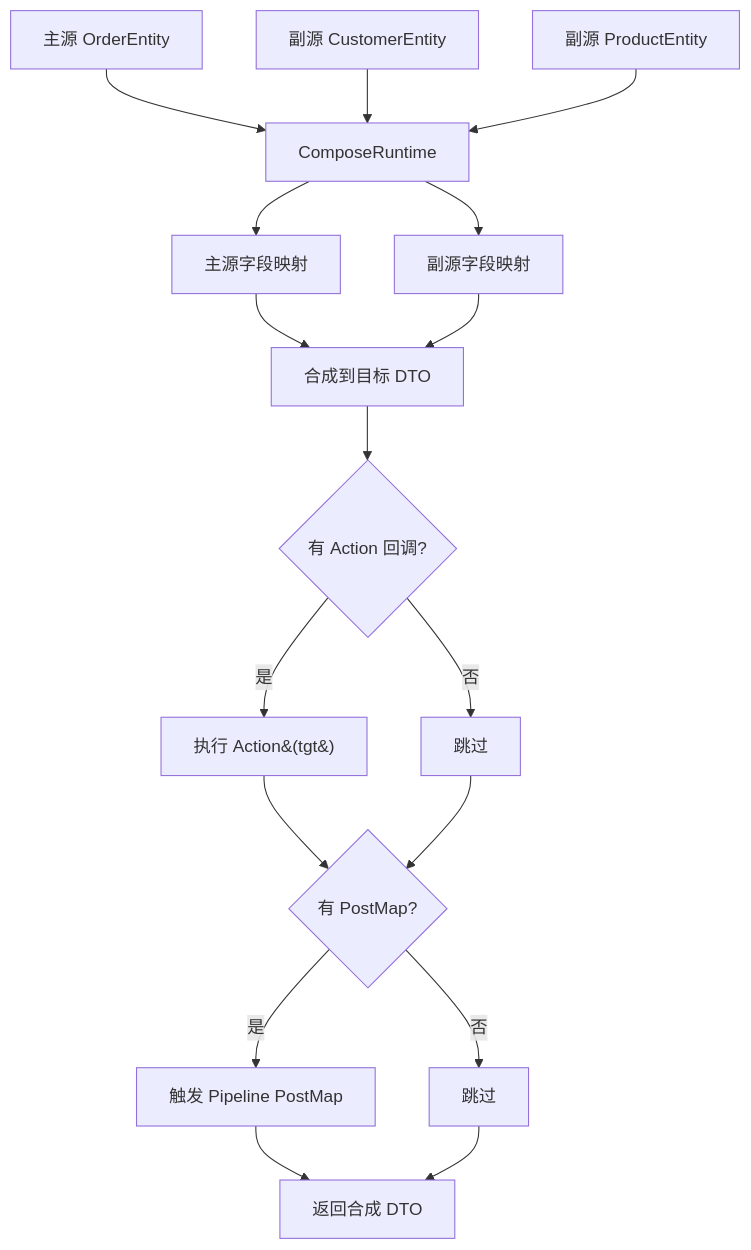
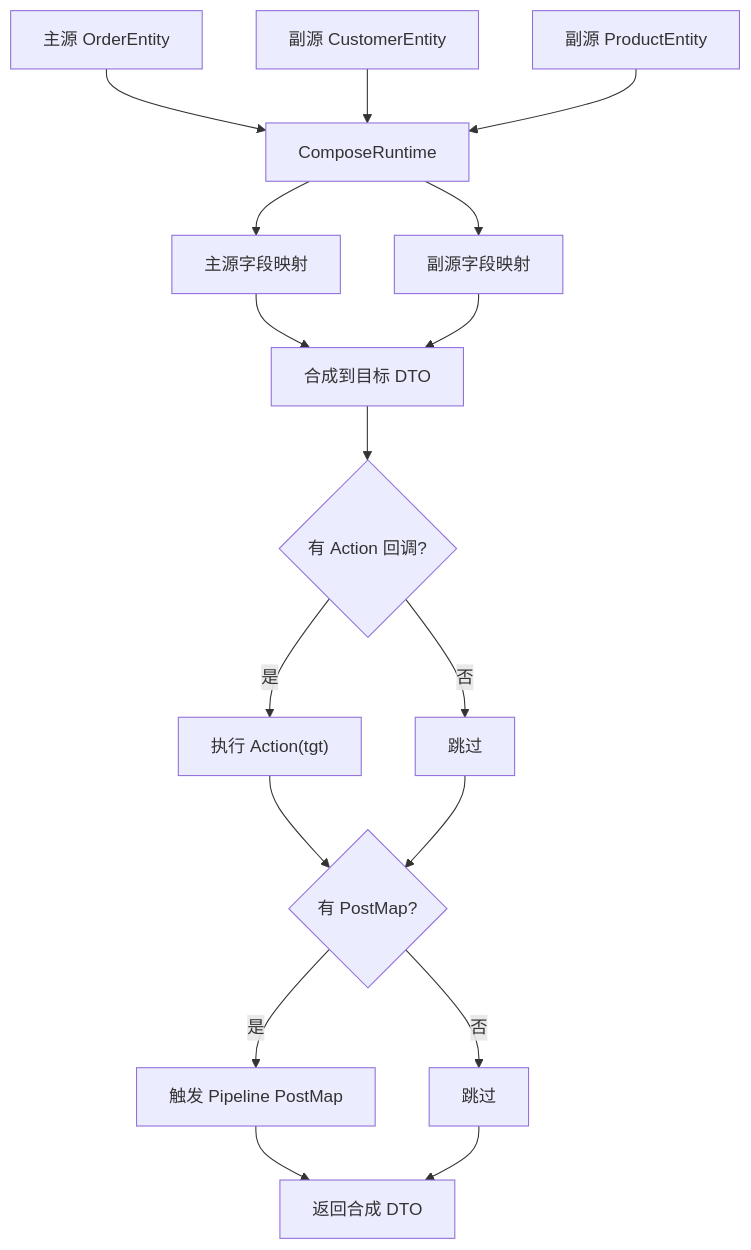
One commit to hchxxzx/NCMapper changed the diagram in docs/zh-CN/how-to/compose/compose.md. Above: the diagram before and after it, drawn with Mermaid. The commit also changed 8 other files, not shown here.

First line of the commit message:
fix(wiki): mermaid 标签改用引号包裹，修 4 处图表渲染失败

````diff
--- a/docs/zh-CN/how-to/compose/compose.md
+++ b/docs/zh-CN/how-to/compose/compose.md
@@ -67,19 +67,19 @@
 ```mermaid
 flowchart TD
     A[主源 OrderEntity] --> D[ComposeRuntime]
     B[副源 CustomerEntity] --> D
     C[副源 ProductEntity] --> D
     D --> E[主源字段映射]
     D --> F[副源字段映射]
     E --> G[合成到目标 DTO]
     F --> G
     G --> H{有 Action 回调?}
-    H -->|是| I[执行 Action&#40;tgt&#41;]
+    H -->|是| I["执行 Action(tgt)"]
     H -->|否| J[跳过]
     I --> K{有 PostMap?}
     J --> K
     K -->|是| L[触发 Pipeline PostMap]
     K -->|否| M[跳过]
     L --> N[返回合成 DTO]
     M --> N
 ```
````
